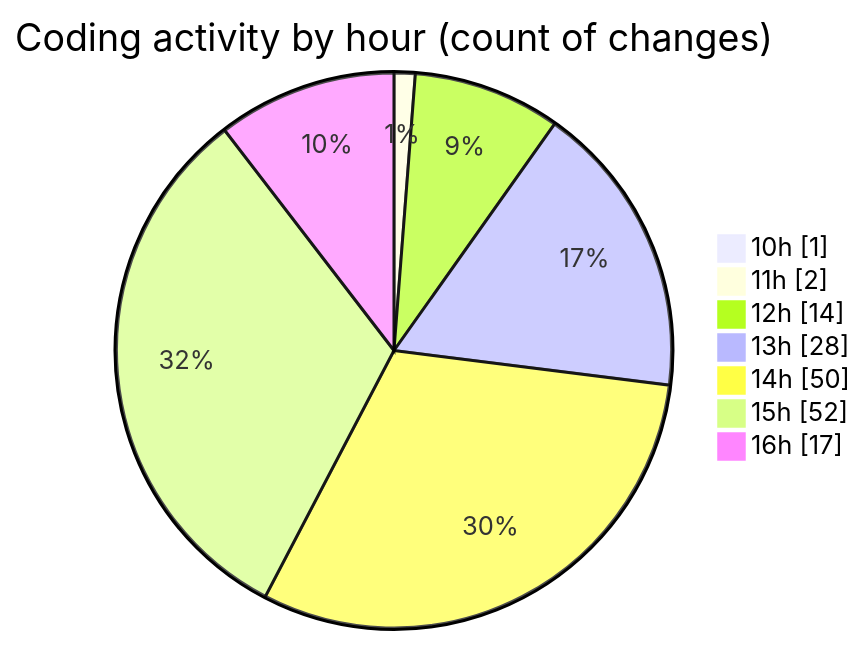
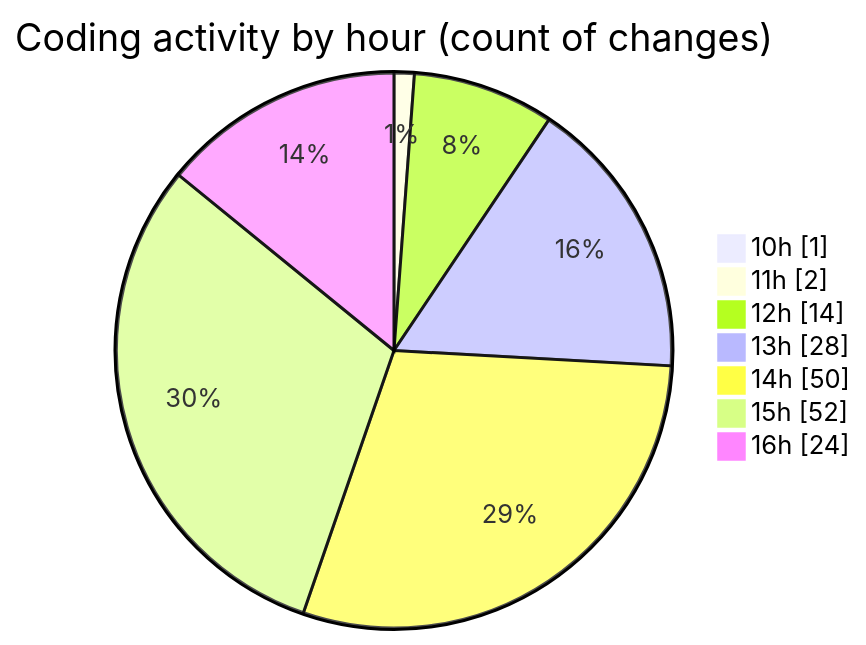
The second of 2 diagrams in 2026-11-02/cda/README.md (momahboobian/code-tracking), drawn with Mermaid before and after one commit. The commit also changed other lines of this file and 1 other file, not shown here.

````diff
--- a/2026-11-02/cda/README.md
+++ b/2026-11-02/cda/README.md
@@ -75,11 +79,11 @@
 ```mermaid
 pie showData
 title Coding activity by hour (count of changes)
 "10h" : 1
 "11h" : 2
 "12h" : 14
 "13h" : 28
 "14h" : 50
 "15h" : 52
-"16h" : 17
+"16h" : 24
 ```
````
